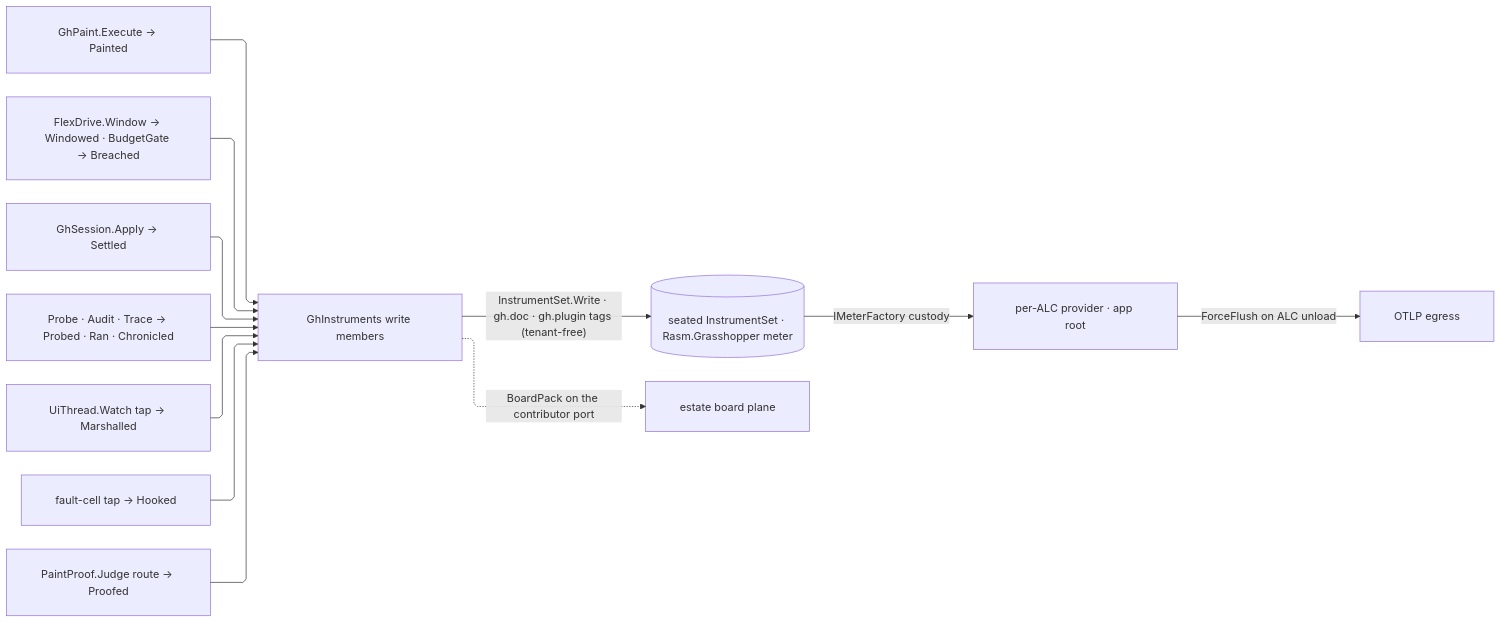
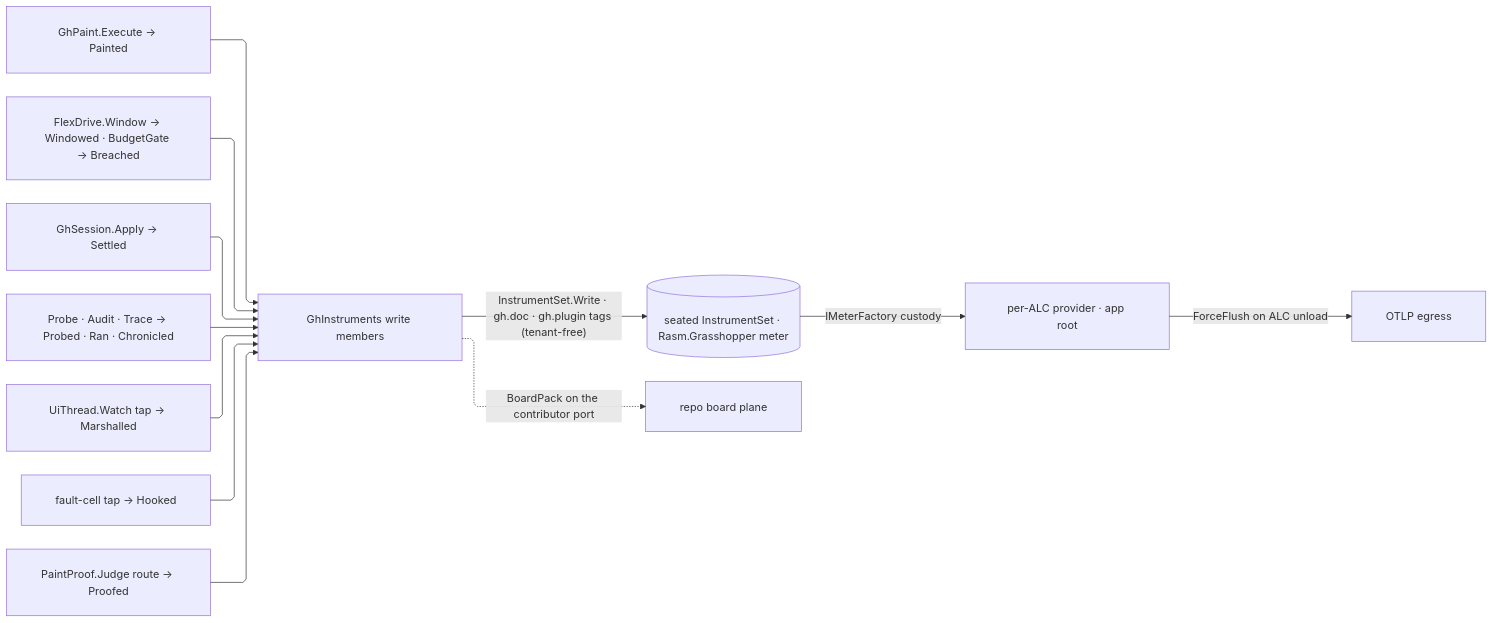
One commit to bsamiee/Rasm changed the diagram in libs/dotnet/Rasm.Grasshopper/.planning/Shell/telemetry.md. Above: the diagram before and after it, drawn with Mermaid. The commit also changed other lines of this file and 1997 other files, not shown here.

````diff
--- a/libs/dotnet/Rasm.Grasshopper/.planning/Shell/telemetry.md
+++ b/libs/dotnet/Rasm.Grasshopper/.planning/Shell/telemetry.md
@@ -320,23 +317,23 @@
 ```mermaid
 ---
 config:
   layout: elk
   flowchart:
     curve: linear
     padding: 25
 ---
 flowchart LR
     accTitle: Write attributed instruments at the producing site
     accDescr: Paint, motion, session, solution, kernel dispatch, hook, drain, and capture owners each write their own GhInstruments member; every member folds onto the InstrumentSet seated by the capsule minted through the injected per-ALC factory, and the app root flushes providers on load-context unload.
     PaintW["GhPaint.Execute → Painted"] --> Owner["GhInstruments write members"]
     MotionW["FlexDrive.Window → Windowed · BudgetGate → Breached"] --> Owner
     SessionW["GhSession.Apply → Settled"] --> Owner
     SolutionW["Probe · Audit · Trace → Probed · Ran · Chronicled"] --> Owner
     DispatchW["UiThread.Watch tap → Marshalled"] --> Owner
     HookW["fault-cell tap → Hooked"] --> Owner
     CaptureW["PaintProof.Judge route → Proofed"] --> Owner
     Owner -->|"InstrumentSet.Write · gh.doc · gh.plugin tags (tenant-free)"| Seat[("seated InstrumentSet · Rasm.Grasshopper meter")]
-    Owner -.->|"BoardPack on the contributor port"| Boards["estate board plane"]
+    Owner -.->|"BoardPack on the contributor port"| Boards["repo board plane"]
     Seat -->|"IMeterFactory custody"| Host["per-ALC provider · app root"]
     Host -->|"ForceFlush on ALC unload"| Egress["OTLP egress"]
 ```
````
